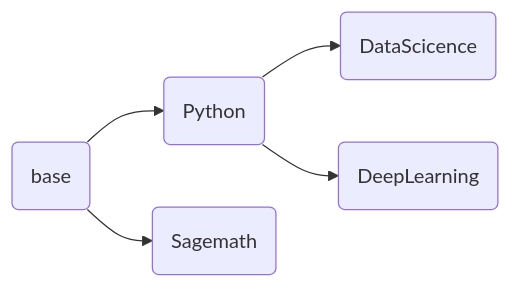
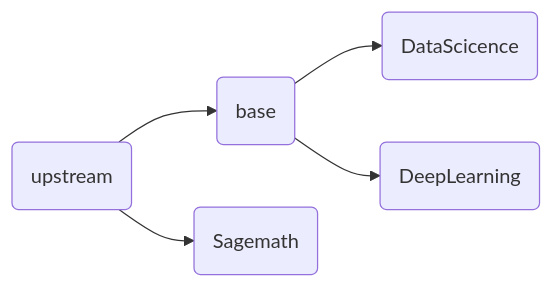
The diagram in README.md (ben0i0d/jupyter-image-stacks), drawn with Mermaid before and after one commit.

Commit message:
更新 README.md

````diff
--- a/README.md
+++ b/README.md
@@ -10,7 +10,7 @@
 ```mermaid
 	graph LR
-	A(base)-->B(Python)
+	A(upstream)-->B(base)
 	B-->C(DataScicence)
     B-->D(DeepLearning)
     A-->F(Sagemath)
 ```
````
